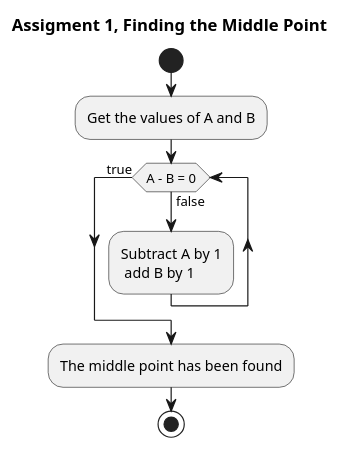
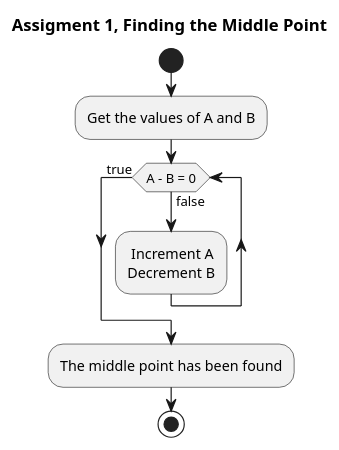
The diagram in diagrams/assignment_1.pu (TobyNatooor/machine-prog-group-1), drawn with PlantUML before and after one commit.

Commit message:
Lidt flottere diagram1

```diff
--- a/diagrams/assignment_1.pu
+++ b/diagrams/assignment_1.pu
@@ -1,17 +1,18 @@
 @startuml assignment_1
+
 skinparam linetype ortho
 hide empty methods
 hide empty fields
 hide circle
 
 title Assigment 1, Finding the Middle Point
 
 start
 :Get the values of A and B;
 while (A - B = 0) is (false)
-    :Subtract A by 1\n add B by 1;
+    : Increment A\nDecrement B;
 endwhile (true)
 :The middle point has been found;
 stop
 
 @enduml
```
